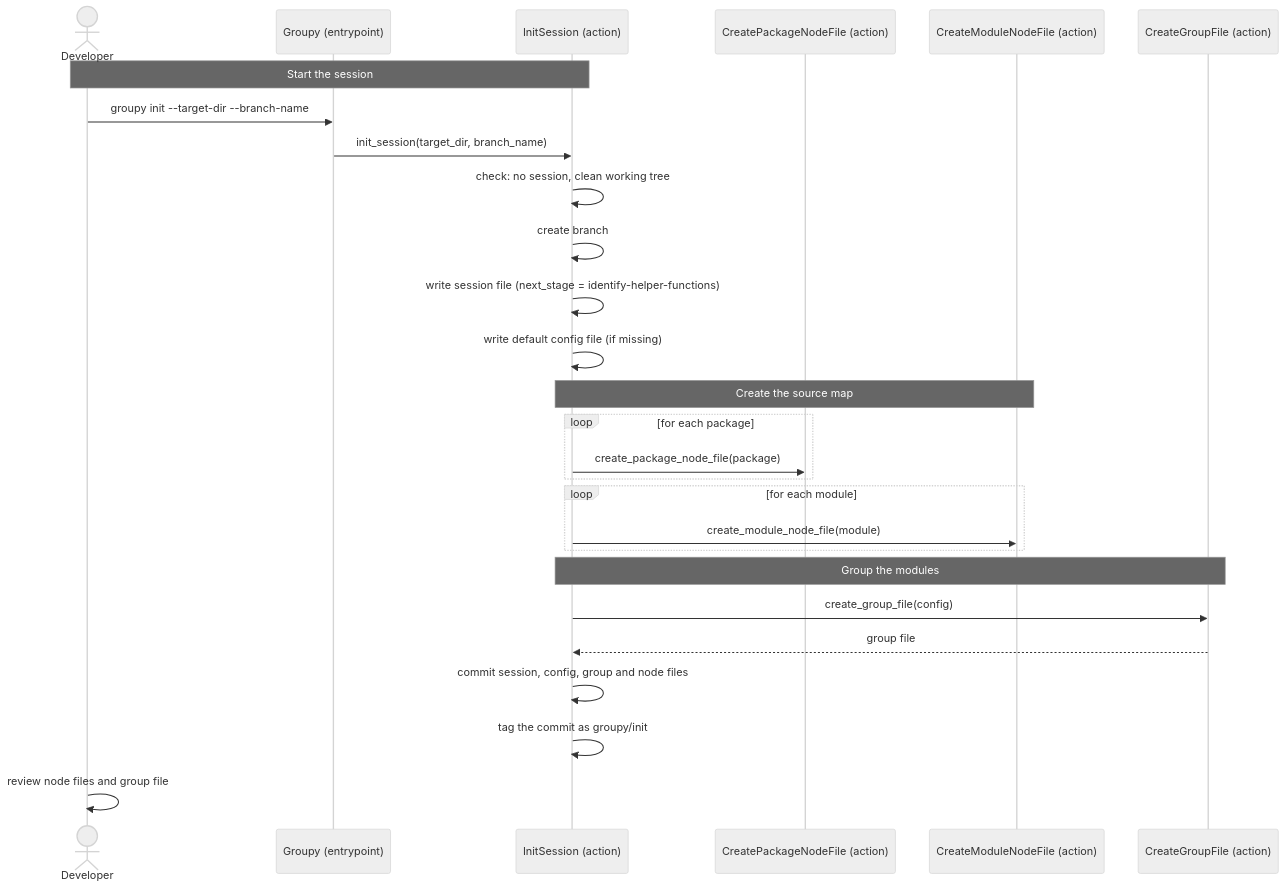
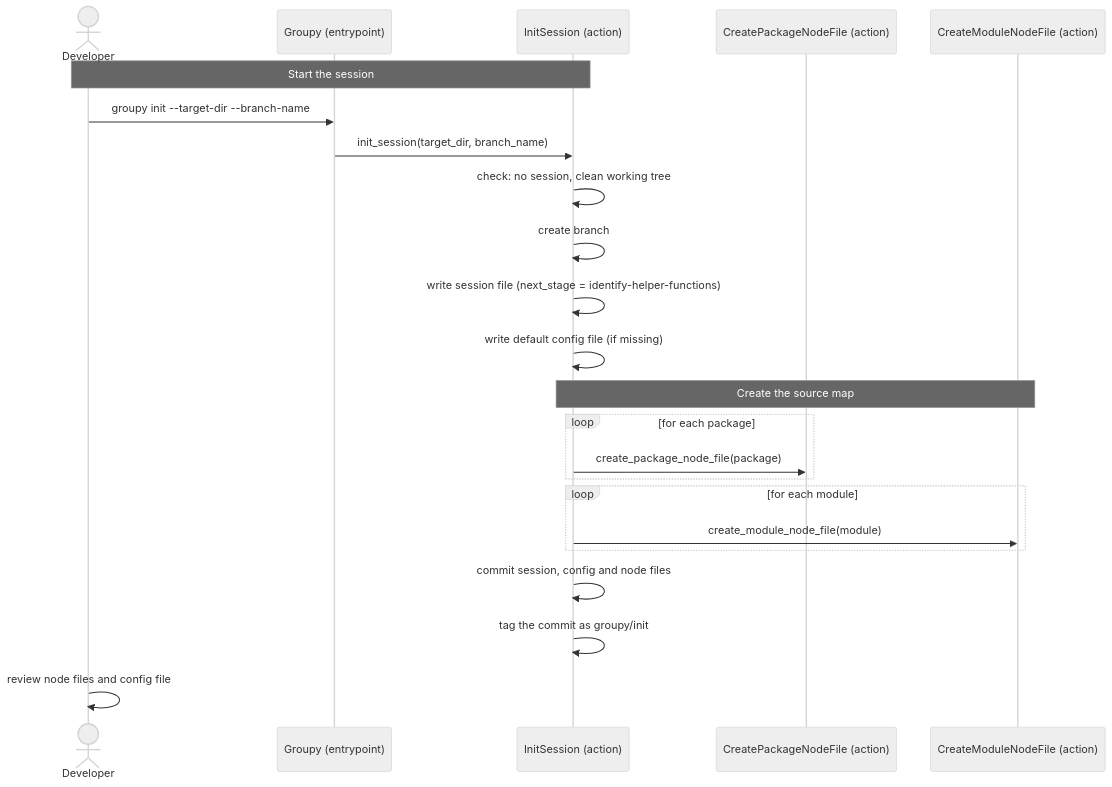
Before and after one commit to mnieber/groupy: the diagram in doc/spec/scenarios/s01_a_developer_starts_a_session.md, drawn with Mermaid (neutral theme). The commit also changed other lines of this file and 31 other files, not shown here.

````diff
--- a/doc/spec/scenarios/s01_a_developer_starts_a_session.md
+++ b/doc/spec/scenarios/s01_a_developer_starts_a_session.md
@@ -99,33 +95,28 @@
 ```mermaid
 sequenceDiagram
     actor Developer
     participant Groupy as Groupy (entrypoint)
     participant InitSession as InitSession (action)
     participant CreatePackageNodeFile as CreatePackageNodeFile (action)
     participant CreateModuleNodeFile as CreateModuleNodeFile (action)
-    participant CreateGroupFile as CreateGroupFile (action)
 
     Note over Developer,InitSession: Start the session
     Developer->>Groupy: groupy init --target-dir --branch-name
     Groupy->>InitSession: init_session(target_dir, branch_name)
     InitSession->>InitSession: check: no session, clean working tree
     InitSession->>InitSession: create branch
     InitSession->>InitSession: write session file (next_stage = identify-helper-functions)
     InitSession->>InitSession: write default config file (if missing)
 
     Note over InitSession,CreateModuleNodeFile: Create the source map
     loop for each package
         InitSession->>CreatePackageNodeFile: create_package_node_file(package)
     end
     loop for each module
         InitSession->>CreateModuleNodeFile: create_module_node_file(module)
     end
 
-    Note over InitSession,CreateGroupFile: Group the modules
-    InitSession->>CreateGroupFile: create_group_file(config)
-    CreateGroupFile-->>InitSession: group file
-
-    InitSession->>InitSession: commit session, config, group and node files
+    InitSession->>InitSession: commit session, config and node files
     InitSession->>InitSession: tag the commit as groupy/init
-    Developer->>Developer: review node files and group file
+    Developer->>Developer: review node files and config file
 ```
````
